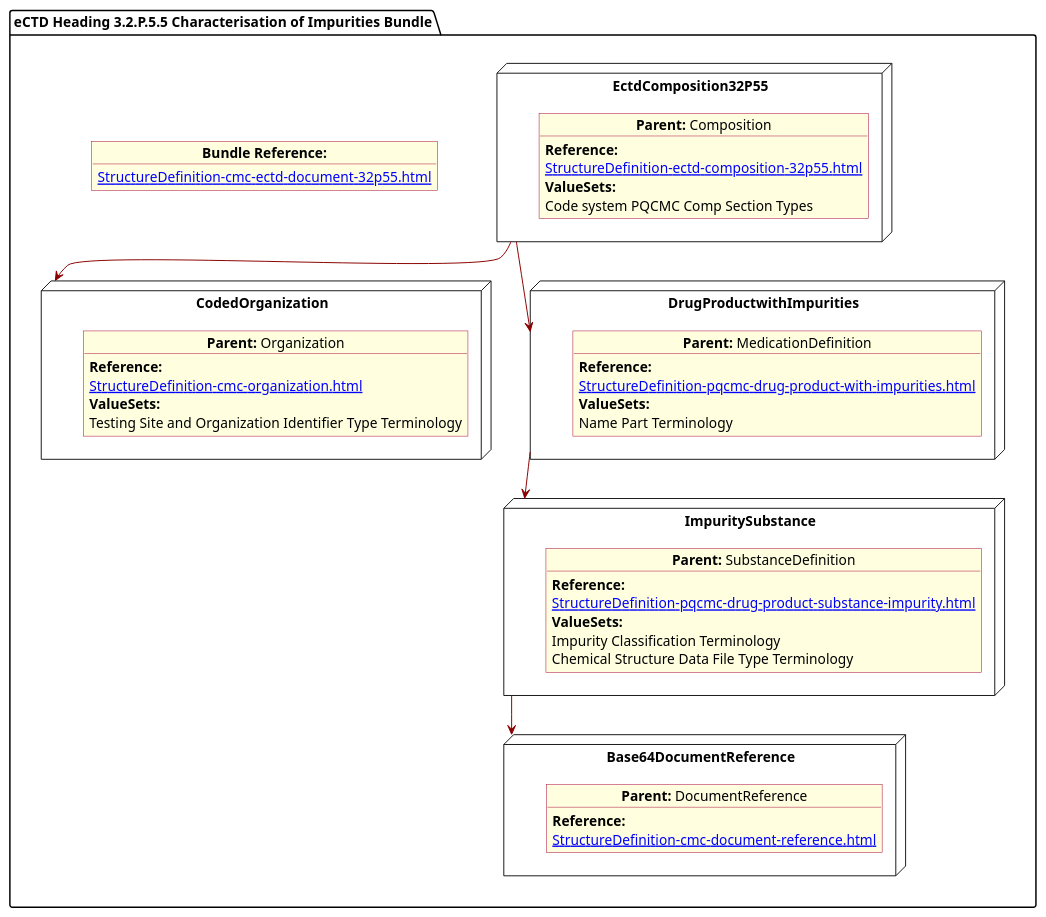
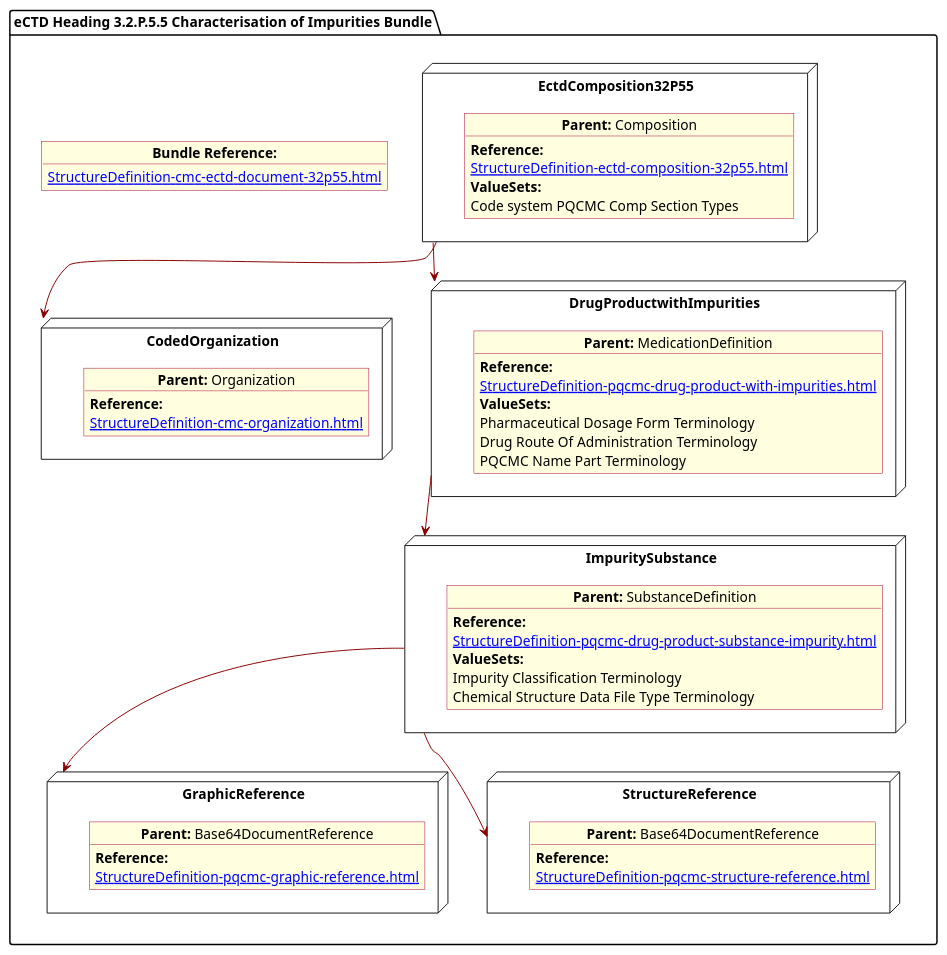
One commit to HL7/FHIR-us-pq-cmc-fda changed the diagram in input/images-source/CharacImprity.plantuml. Above: the diagram before and after it, drawn with PlantUML. The commit also changed 17 other files, not shown here.

```diff
--- a/input/images-source/CharacImprity.plantuml
+++ b/input/images-source/CharacImprity.plantuml
@@ -1,74 +1,79 @@
 @startuml CharacImprity
 allowmixing
 'Mixed model of use case and object
 skinparam svgDimensionStyle false
 skinparam ObjectBackgroundColor LightYellow
 skinparam ObjectBorderColor #A80036
 skinparam activityDiamondBorderColor #A80036
 skinparam activityDiamondBackgroundColor lawnGreen
 skinparam ClassBorderThickness 4
 
 package "eCTD Heading 3.2.P.5.5 Characterisation of Impurities Bundle" as NODES {
 
   object "**Bundle Reference:**" as objbun {
     [[StructureDefinition-cmc-ectd-document-32p55.html]]
   }
 
-
   node "EctdComposition32P55" as N1 {
 
     object "**Parent:** Composition" as obj1 {
       **Reference:**
       [[StructureDefinition-ectd-composition-32p55.html]]
       **ValueSets:**
       Code system PQCMC Comp Section Types
     }
   }
-  node "Base64DocumentReference" as NB64 {
+  node "GraphicReference" as NB64 {
 
-    object "**Parent:** DocumentReference"  as obj64 {
+    object "**Parent:** Base64DocumentReference"  as obj64 {
+      **Reference:**
+      [[StructureDefinition-pqcmc-graphic-reference.html]]
+    }
+  }
+  node "StructureReference" as NBstruc {
 
+    object "**Parent:** Base64DocumentReference"  as objb64 {
       **Reference:**
-      [[StructureDefinition-cmc-document-reference.html]]
+      [[StructureDefinition-pqcmc-structure-reference.html]]
     }
+  }
 
-  }
   node "CodedOrganization" as NSO {
 
     object "**Parent:** Organization" as objAu {
       **Reference:**
       [[StructureDefinition-cmc-organization.html]]
-      **ValueSets:**
-      Testing Site and Organization Identifier Type Terminology
     }
   }
-
 
   node "DrugProductwithImpurities" as NN {
 
     object "**Parent:** MedicationDefinition" as obj3 {
 
       **Reference:**
       [[StructureDefinition-pqcmc-drug-product-with-impurities.html]]
       **ValueSets:**
-      Name Part Terminology
+      Pharmaceutical Dosage Form Terminology
+      Drug Route Of Administration Terminology
+      PQCMC Name Part Terminology
     }
   }
 
-   node "ImpuritySubstance" as N6 {
+  node "ImpuritySubstance" as N6 {
 
     object "**Parent:** SubstanceDefinition" as obj2 {
       **Reference:**
       [[StructureDefinition-pqcmc-drug-product-substance-impurity.html]]
       **ValueSets:**
       Impurity Classification Terminology
       Chemical Structure Data File Type Terminology
     }
-   }
+  }
   N1 -[#darkred]-> NSO
   NN -[#darkred]-> N6
   N1 -[#darkred]-> NN
   N6 -[#darkred]-> NB64
+  N6 -[#darkred]-> NBstruc
 
 }
 @enduml
```
